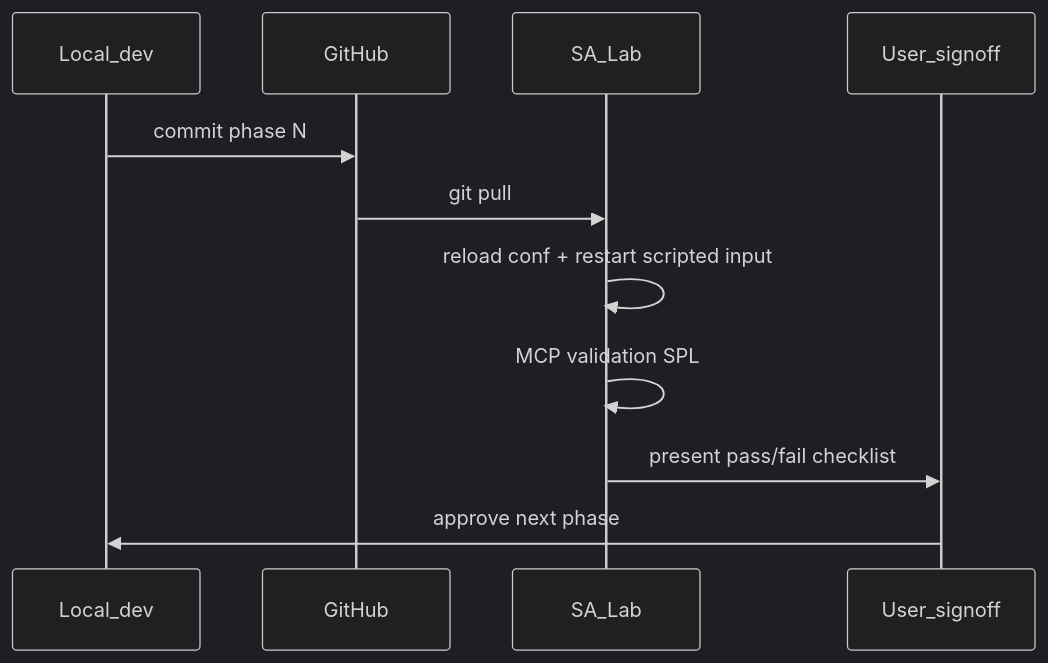
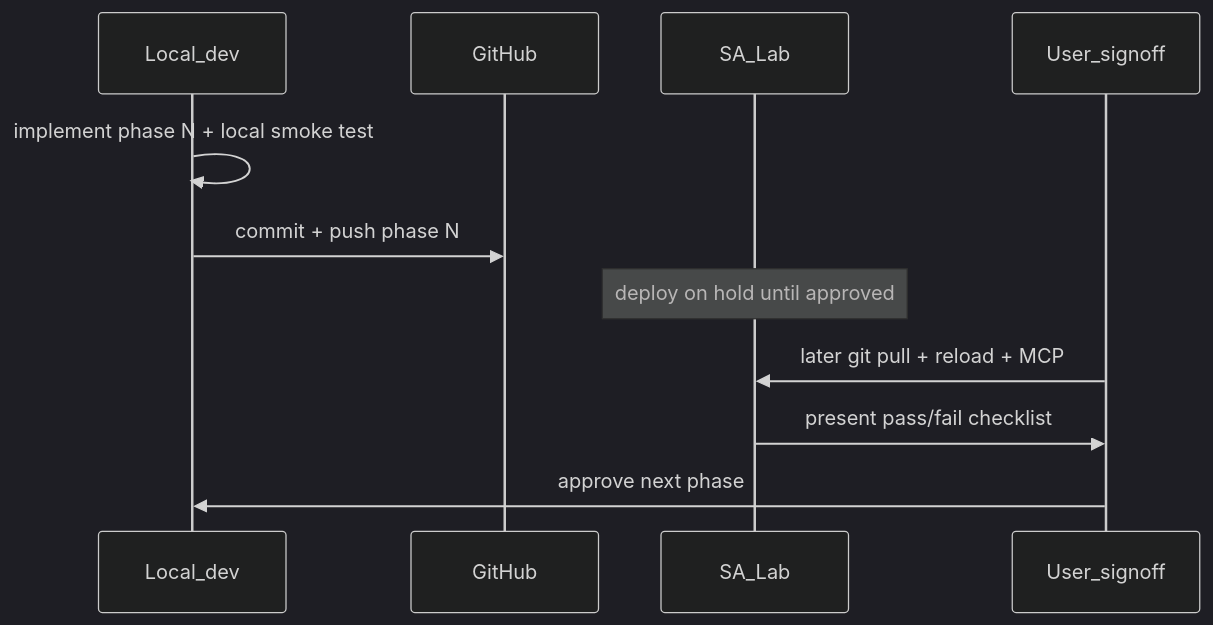
The second of 2 diagrams in docs/incremental-makeresults-migration-plan.md (sscudereweiss/mr_data_gen), drawn with Mermaid (dark theme) before and after one commit. The commit also changed other lines of this file and 25 other files, not shown here.

````diff
--- a/docs/incremental-makeresults-migration-plan.md
+++ b/docs/incremental-makeresults-migration-plan.md
@@ -142,14 +152,14 @@
 ```mermaid
 sequenceDiagram
   participant Dev as Local_dev
   participant Git as GitHub
   participant Lab as SA_Lab
   participant User as User_signoff
 
-  Dev->>Git: commit phase N
-  Git->>Lab: git pull
-  Lab->>Lab: reload conf + restart scripted input
-  Lab->>Lab: MCP validation SPL
+  Dev->>Dev: implement phase N + local smoke test
+  Dev->>Git: commit + push phase N
+  Note over Lab: deploy on hold until approved
+  User->>Lab: later git pull + reload + MCP
   Lab->>User: present pass/fail checklist
   User->>Dev: approve next phase
 ```
````
